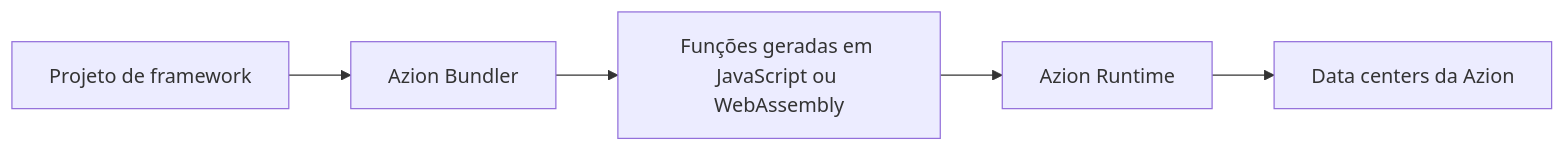
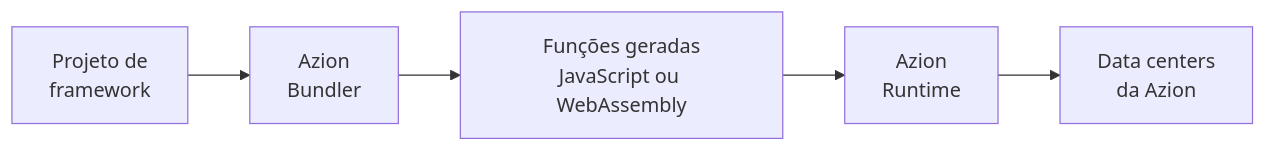
The second of 2 diagrams in src/content/docs/pt-br/pages/menu-principal/referencia/build/edge-application/functions-how-it-works.mdx (souzavinny/azion-docs), drawn with Mermaid before and after one commit. The commit also changed other lines of this file and 4 other files, not shown here.

Commit message:
fix(functions): mermaid small adjustments

````diff
--- a/src/content/docs/pt-br/pages/menu-principal/referencia/build/edge-application/functions-how-it-works.mdx
+++ b/src/content/docs/pt-br/pages/menu-principal/referencia/build/edge-application/functions-how-it-works.mdx
@@ -96,7 +95,7 @@
 ```mermaid
 flowchart LR
-  Project[Projeto de framework] --> Bundler[Azion Bundler]
-  Bundler --> Fn[Funções geradas em JavaScript ou WebAssembly]
-  Fn --> Runtime[Azion Runtime]
-  Runtime --> DC[Data centers da Azion]
+  Project["Projeto de<br/>framework"] --> Bundler["Azion<br/>Bundler"]
+  Bundler --> Fn["Funções geradas<br/>JavaScript ou WebAssembly"]
+  Fn --> Runtime["Azion<br/>Runtime"]
+  Runtime --> DC["Data centers<br/>da Azion"]
 ```
````
